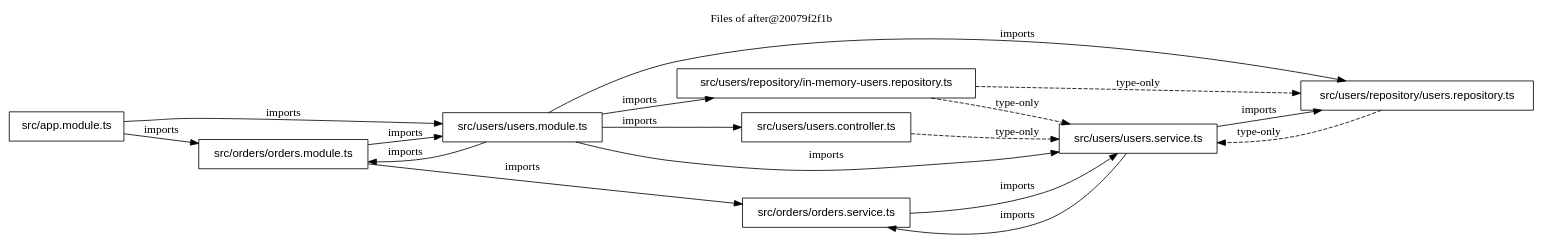
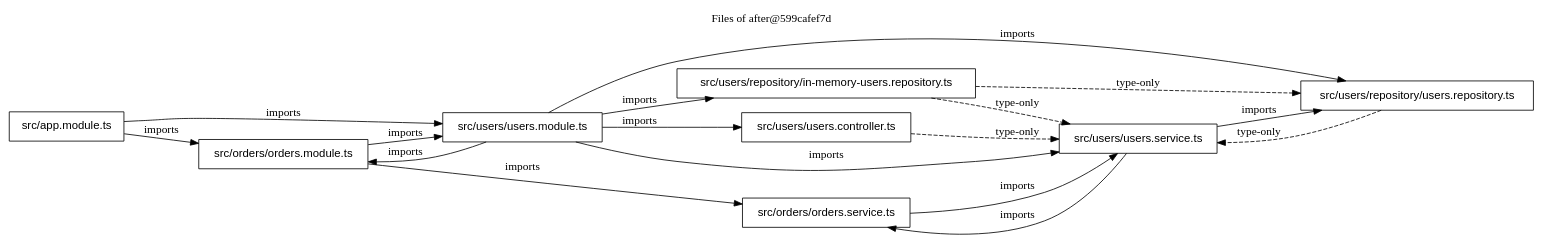
The diagram in examples/nest-shop/files-after.dot (FullFran/archsieve), drawn with Graphviz before and after one commit. The commit also changed 20 other files, not shown here.

```diff
--- a/examples/nest-shop/files-after.dot
+++ b/examples/nest-shop/files-after.dot
@@ -1,29 +1,29 @@
 digraph archsieve {
   rankdir=LR;
   node [shape=box, fontname="Helvetica"];
-  label="Files of after@20079f2f1b"; labelloc=t;
+  label="Files of after@599cafef7d"; labelloc=t;
   "src/app.module.ts" [label="src/app.module.ts"];
   "src/orders/orders.module.ts" [label="src/orders/orders.module.ts"];
   "src/orders/orders.service.ts" [label="src/orders/orders.service.ts"];
   "src/users/repository/in-memory-users.repository.ts" [label="src/users/repository/in-memory-users.repository.ts"];
   "src/users/repository/users.repository.ts" [label="src/users/repository/users.repository.ts"];
   "src/users/users.controller.ts" [label="src/users/users.controller.ts"];
   "src/users/users.module.ts" [label="src/users/users.module.ts"];
   "src/users/users.service.ts" [label="src/users/users.service.ts"];
   "src/app.module.ts" -> "src/orders/orders.module.ts" [label="imports"];
   "src/app.module.ts" -> "src/users/users.module.ts" [label="imports"];
   "src/orders/orders.module.ts" -> "src/orders/orders.service.ts" [label="imports"];
   "src/orders/orders.module.ts" -> "src/users/users.module.ts" [label="imports"];
   "src/orders/orders.service.ts" -> "src/users/users.service.ts" [label="imports"];
   "src/users/repository/in-memory-users.repository.ts" -> "src/users/repository/users.repository.ts" [style=dashed, label="type-only"];
   "src/users/repository/in-memory-users.repository.ts" -> "src/users/users.service.ts" [style=dashed, label="type-only"];
   "src/users/repository/users.repository.ts" -> "src/users/users.service.ts" [style=dashed, label="type-only"];
   "src/users/users.controller.ts" -> "src/users/users.service.ts" [style=dashed, label="type-only"];
   "src/users/users.module.ts" -> "src/orders/orders.module.ts" [label="imports"];
   "src/users/users.module.ts" -> "src/users/repository/in-memory-users.repository.ts" [label="imports"];
   "src/users/users.module.ts" -> "src/users/repository/users.repository.ts" [label="imports"];
   "src/users/users.module.ts" -> "src/users/users.controller.ts" [label="imports"];
   "src/users/users.module.ts" -> "src/users/users.service.ts" [label="imports"];
   "src/users/users.service.ts" -> "src/orders/orders.service.ts" [label="imports"];
   "src/users/users.service.ts" -> "src/users/repository/users.repository.ts" [label="imports"];
 }
```
